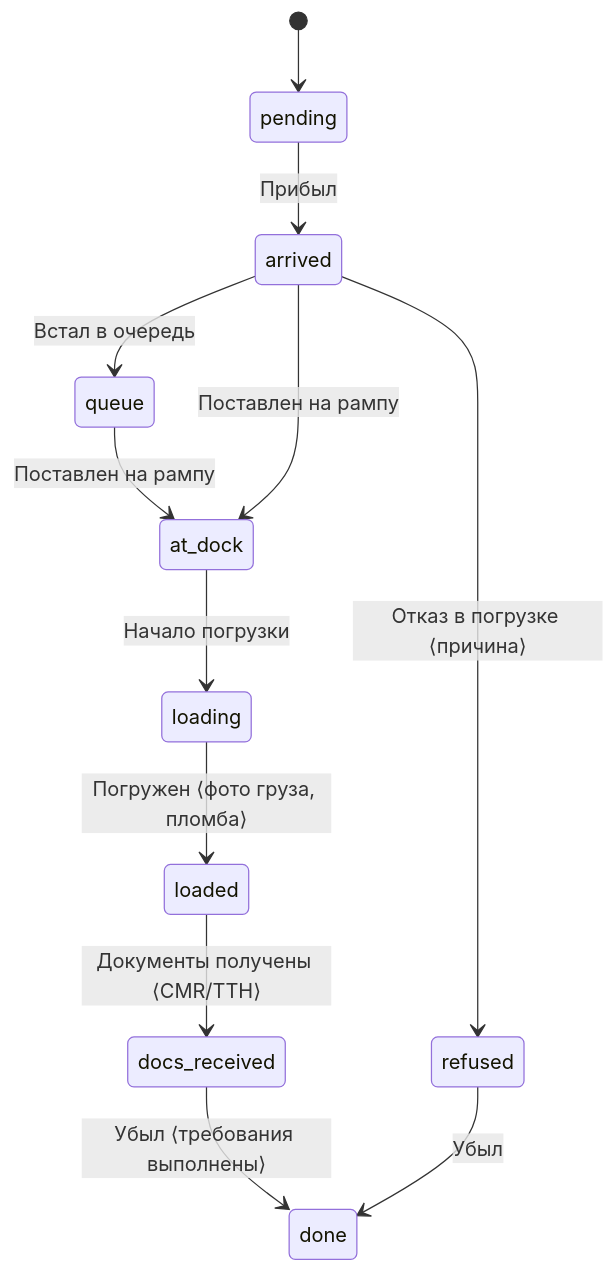
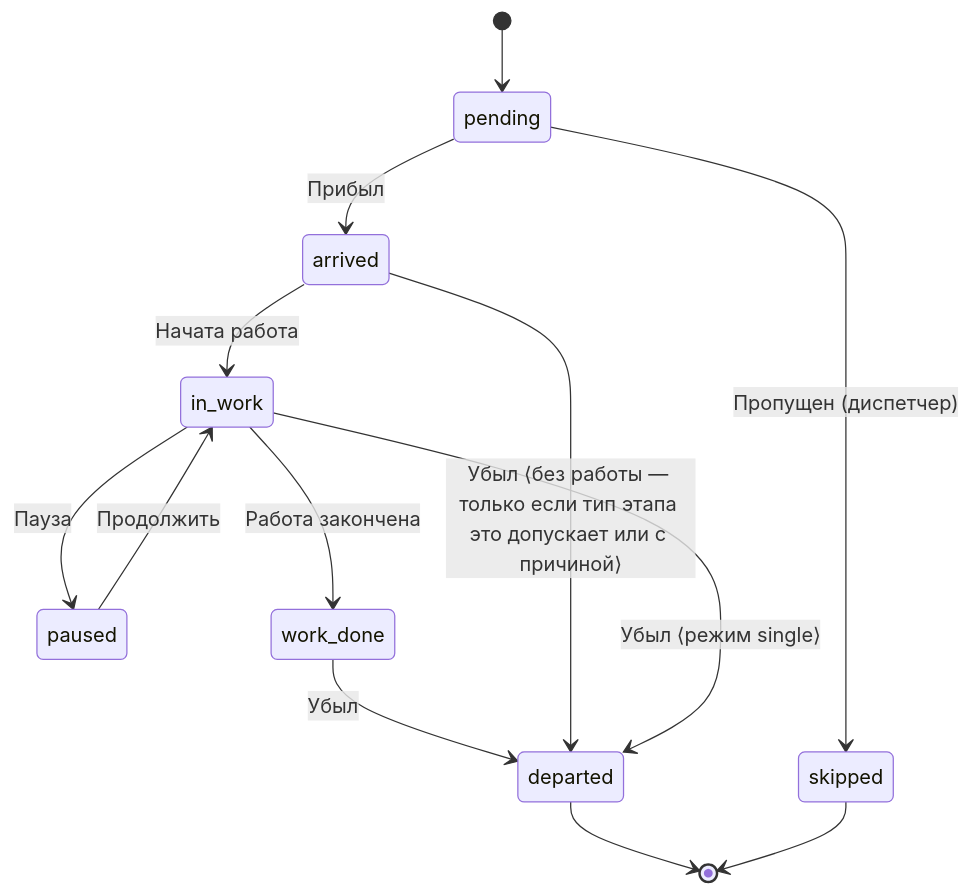
Before and after one commit to spite-creator/plobi-chat: the first of 3 diagrams in docs/state-machine.md, drawn with Mermaid. The commit also changed other lines of this file and 4 other files, not shown here.

````diff
--- a/docs/state-machine.md
+++ b/docs/state-machine.md
@@ -93,14 +34,15 @@
 ```mermaid
 stateDiagram-v2
     [*] --> pending
     pending --> arrived: Прибыл
-    arrived --> queue: Встал в очередь
-    queue --> at_dock: Поставлен на рампу
-    arrived --> at_dock: Поставлен на рампу
-    at_dock --> loading: Начало погрузки
-    loading --> loaded: Погружен ⟨фото груза, пломба⟩
-    loaded --> docs_received: Документы получены ⟨CMR/ТТН⟩
-    docs_received --> done: Убыл ⟨требования выполнены⟩
-    arrived --> refused: Отказ в погрузке ⟨причина⟩
-    refused --> done: Убыл
+    arrived --> in_work: Начата работа
+    in_work --> paused: Пауза
+    paused --> in_work: Продолжить
+    in_work --> work_done: Работа закончена
+    work_done --> departed: Убыл
+    arrived --> departed: Убыл ⟨без работы — только если тип этапа это допускает или с причиной⟩
+    in_work --> departed: Убыл ⟨режим single⟩
+    pending --> skipped: Пропущен (диспетчер)
+    departed --> [*]
+    skipped --> [*]
 ```
````
